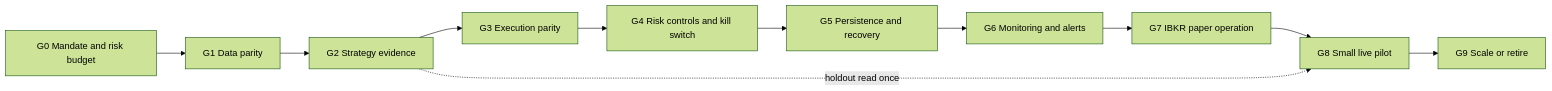
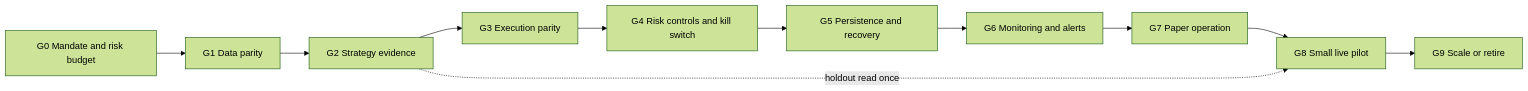
Before and after one commit to kenfuliang/quant-trading-lab: the first of 2 diagrams in docs/live-readiness.md, drawn with Mermaid (forest theme). The commit also changed other lines of this file and 4 other files, not shown here.

````diff
--- a/docs/live-readiness.md
+++ b/docs/live-readiness.md
@@ -22,13 +22,13 @@
 ```mermaid
 flowchart LR
     G0[G0 Mandate and risk budget] --> G1[G1 Data parity]
     G1 --> G2[G2 Strategy evidence]
     G2 --> G3[G3 Execution parity]
     G3 --> G4[G4 Risk controls and kill switch]
     G4 --> G5[G5 Persistence and recovery]
     G5 --> G6[G6 Monitoring and alerts]
-    G6 --> G7[G7 IBKR paper operation]
+    G6 --> G7[G7 Paper operation]
     G7 --> G8[G8 Small live pilot]
     G8 --> G9[G9 Scale or retire]
     G2 -. holdout read once .-> G8
 ```
````
